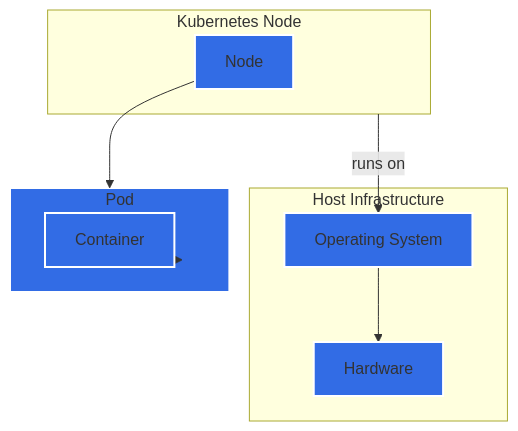
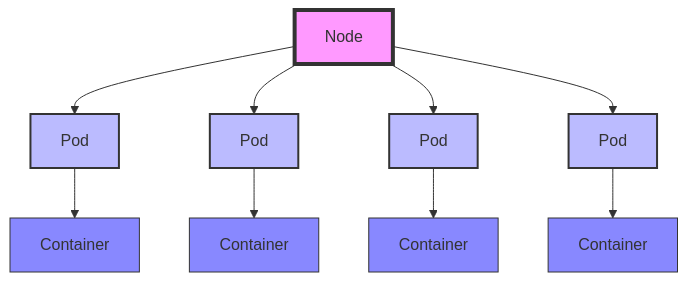
The diagram in docs/containers/overview.md (Braundo/kubernetes-guide), drawn with Mermaid before and after one commit. The commit also changed other lines of this file and 3 other files, not shown here.

````diff
--- a/docs/containers/overview.md
+++ b/docs/containers/overview.md
@@ -22,25 +23,23 @@
 ``` mermaid
 graph TD
-    subgraph Host_Infrastructure["Host Infrastructure"]
-        OS[Operating System]
-        Hardware[Hardware]
-    end
+    Node[Node] --> Pod1[Pod]
+    Node --> Pod2[Pod]
+    Node --> Pod3[Pod]
+    Node --> Pod4[Pod]
 
-    subgraph Kubernetes_Node["Kubernetes Node"]
-        Node[Node]
-    end
+    Pod1 --> Container1[Container]
+    Pod2 --> Container2[Container]
+    Pod3 --> Container3[Container]
+    Pod4 --> Container4[Container]
 
-    subgraph Pod["Pod"]
-        Container[Container]
-    end
-
-    Kubernetes_Node -->|runs on| OS
-    OS --> Hardware
-    Node --> Pod
-    Pod --> Container
-
-    classDef k8s fill:#326ce5,stroke:#fff,stroke-width:2px;
-    class OS,Hardware,Node,Pod,Container k8s;
-
+    style Node fill:#f9f,stroke:#333,stroke-width:4px
+    style Pod1 fill:#bbf,stroke:#333,stroke-width:2px
+    style Pod2 fill:#bbf,stroke:#333,stroke-width:2px
+    style Pod3 fill:#bbf,stroke:#333,stroke-width:2px
+    style Pod4 fill:#bbf,stroke:#333,stroke-width:2px
+    style Container1 fill:#88f,stroke:#333,stroke-width:1px
+    style Container2 fill:#88f,stroke:#333,stroke-width:1px
+    style Container3 fill:#88f,stroke:#333,stroke-width:1px
+    style Container4 fill:#88f,stroke:#333,stroke-width:1px
 
 ```
````
